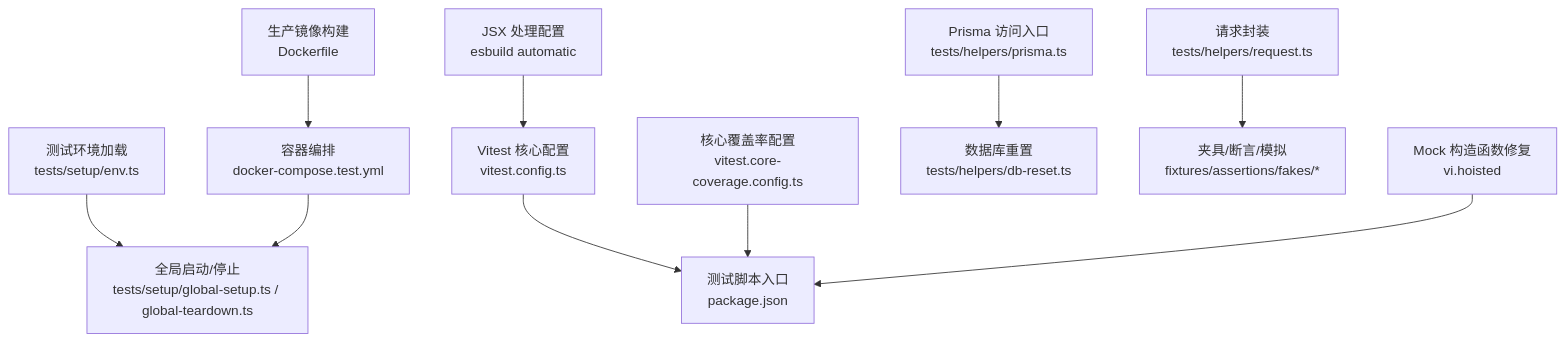
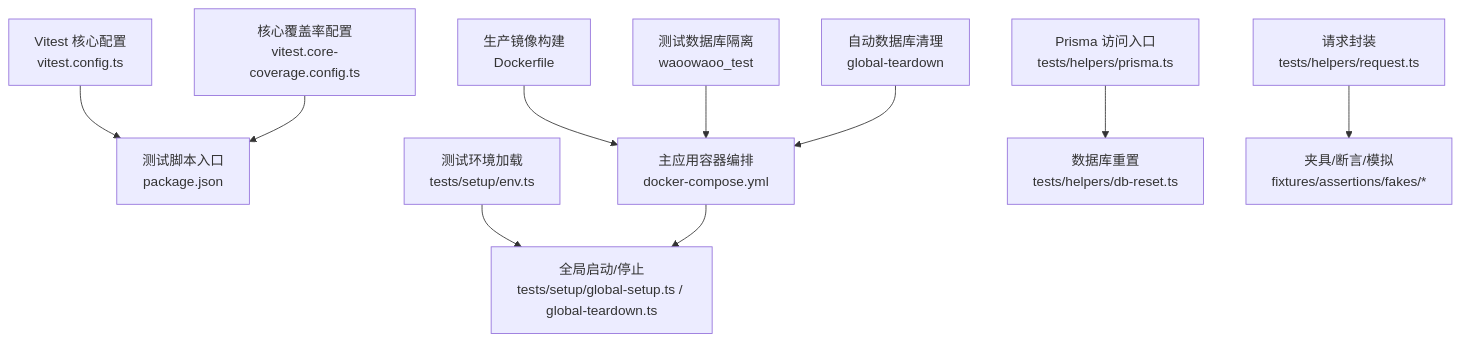
Before and after one commit to lyl2021/waoowaoo: the first of 6 diagrams in .qoder/repowiki/zh/content/测试策略/测试基础设施.md, drawn with Mermaid. The commit also changed other lines of this file and 41 other files, not shown here.

````diff
--- a/.qoder/repowiki/zh/content/测试策略/测试基础设施.md
+++ b/.qoder/repowiki/zh/content/测试策略/测试基础设施.md
@@ -76,12 +78,12 @@
 ```mermaid
 graph TB
 A["Vitest 核心配置<br/>vitest.config.ts"] --> B["测试脚本入口<br/>package.json"]
 C["核心覆盖率配置<br/>vitest.core-coverage.config.ts"] --> B
 D["测试环境加载<br/>tests/setup/env.ts"] --> E["全局启动/停止<br/>tests/setup/global-setup.ts / global-teardown.ts"]
-F["容器编排<br/>docker-compose.test.yml"] --> E
+F["主应用容器编排<br/>docker-compose.yml"] --> E
 G["Prisma 访问入口<br/>tests/helpers/prisma.ts"] --> H["数据库重置<br/>tests/helpers/db-reset.ts"]
 I["请求封装<br/>tests/helpers/request.ts"] --> J["夹具/断言/模拟<br/>fixtures/assertions/fakes/*"]
 K["生产镜像构建<br/>Dockerfile"] --> F
-L["JSX 处理配置<br/>esbuild automatic"] --> A
-M["Mock 构造函数修复<br/>vi.hoisted"] --> B
+L["测试数据库隔离<br/>waoowaoo_test"] --> F
+M["自动数据库清理<br/>global-teardown"] --> F
 ```
````
